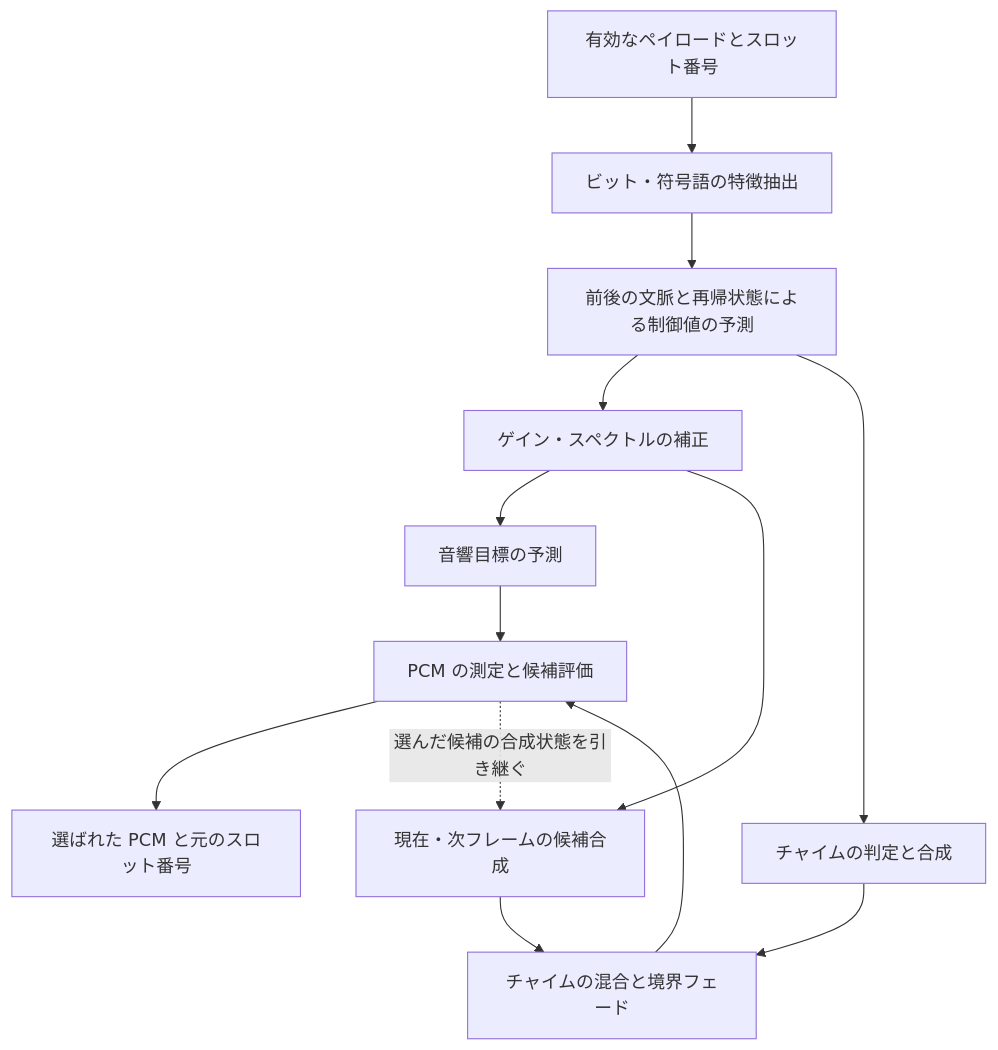
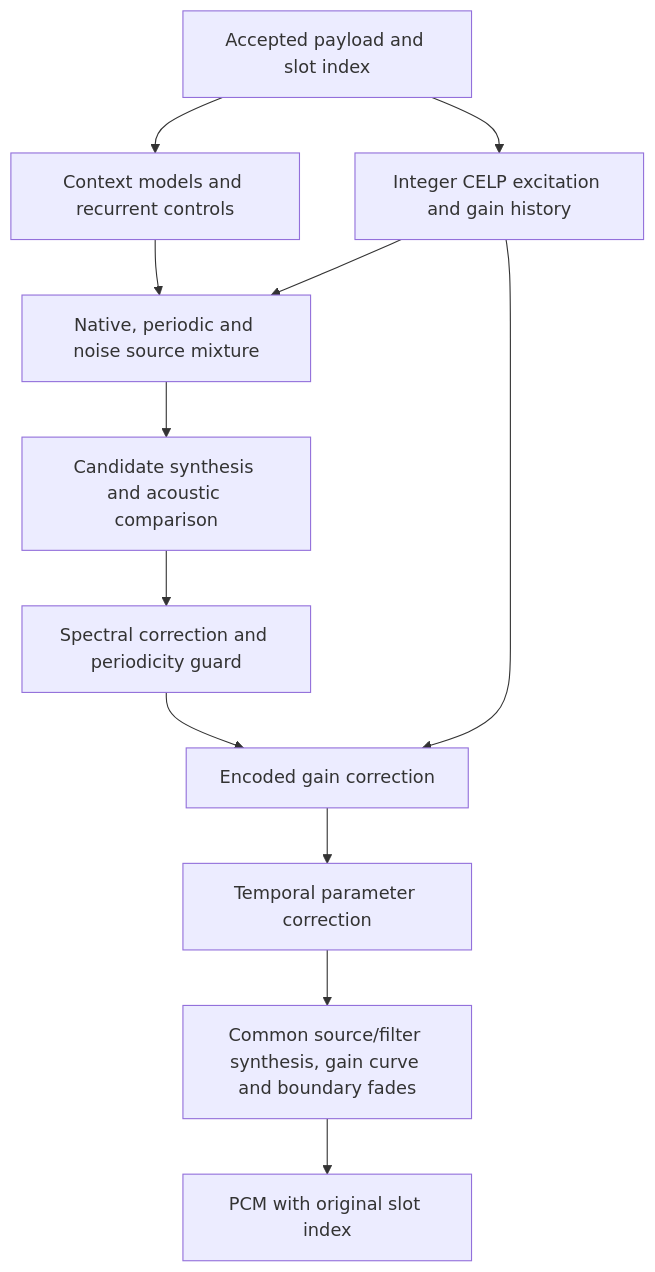
The diagram in crates/jr-voice/README.ja.md (bi119aTe5hXk/jr-conventional-line-radio-receiver), drawn with Mermaid before and after one commit. The commit also changed other lines of this file and 60 other files, not shown here.

````diff
--- a/crates/jr-voice/README.ja.md
+++ b/crates/jr-voice/README.ja.md
@@ -37,15 +37,14 @@
 ```mermaid
 flowchart TD
-    A["有効なペイロードとスロット番号"] --> B["ビット・符号語の特徴抽出"]
-    B --> C["前後の文脈と再帰状態による制御値の予測"]
-    C --> D["ゲイン・スペクトルの補正"]
-    C --> H["チャイムの判定と合成"]
-    D --> E["音響目標の予測"]
-    D --> F["現在・次フレームの候補合成"]
-    F --> M["チャイムの混合と境界フェード"]
-    H --> M
-    E --> G["PCM の測定と候補評価"]
-    M --> G
-    G --> O["選ばれた PCM と元のスロット番号"]
-    G -. "選んだ候補の合成状態を引き継ぐ" .-> F
+    A["Accepted payload and slot index"] --> B["Context models and recurrent controls"]
+    A --> C["Integer CELP excitation and gain history"]
+    B --> D["Native, periodic and noise source mixture"]
+    C --> D
+    D --> E["Candidate synthesis and acoustic comparison"]
+    E --> F["Spectral correction and periodicity guard"]
+    C --> G["Encoded gain correction"]
+    F --> G
+    G --> H["Temporal parameter correction"]
+    H --> I["Common source/filter synthesis, gain curve and boundary fades"]
+    I --> J["PCM with original slot index"]
 ```
````
